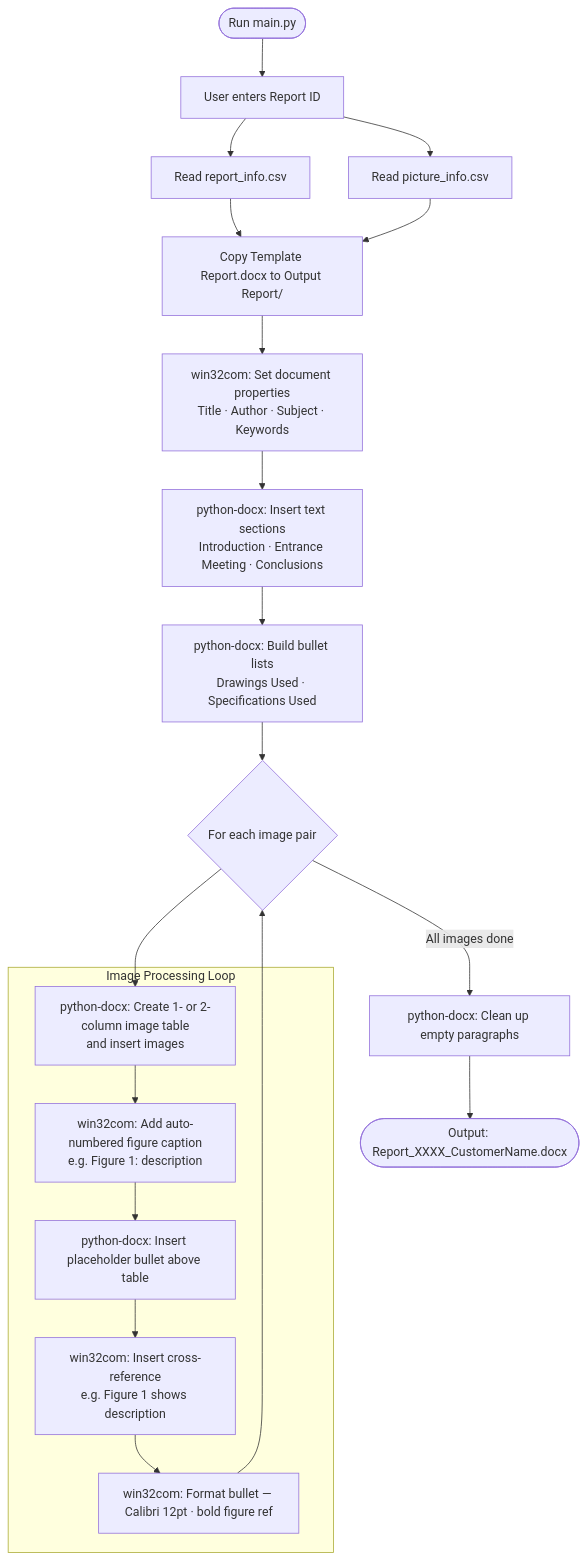
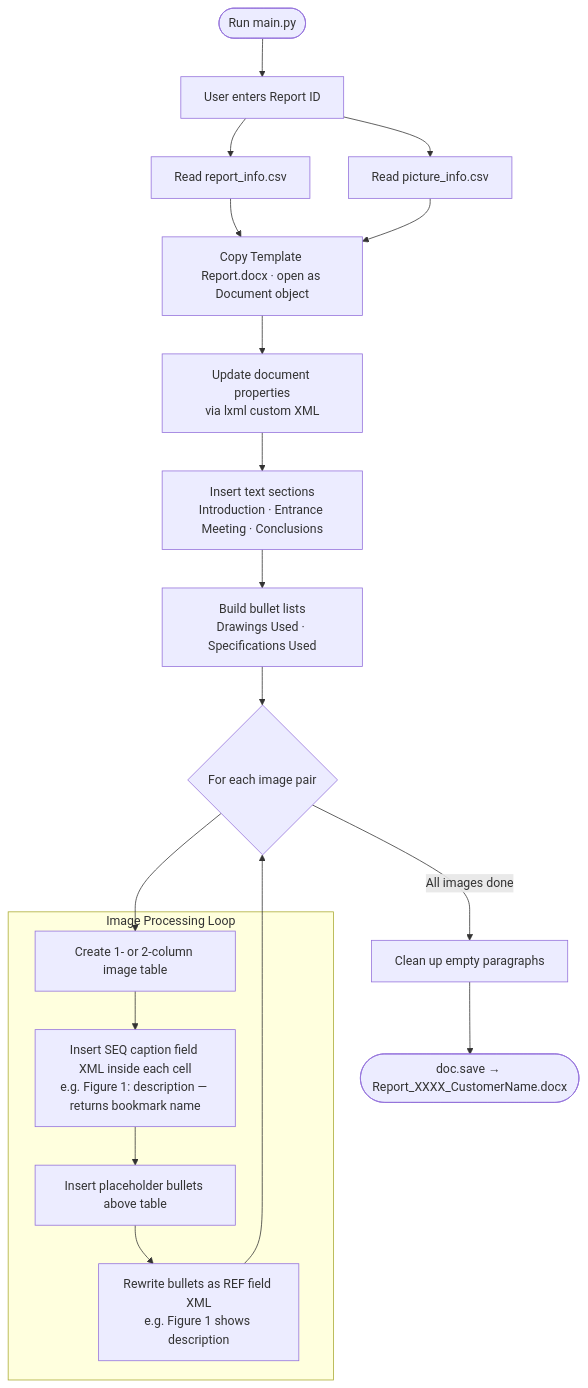
The second of 2 diagrams in README.md (phpaivamotta/report-automation), drawn with Mermaid before and after one commit. The commit also changed other lines of this file, not shown here.

Commit message:
Refactor README.md: Update requirements and clarify document manipulation process

````diff
--- a/README.md
+++ b/README.md
@@ -114,27 +110,26 @@
 ```mermaid
 flowchart TD
     A([Run main.py]) --> B[User enters Report ID]
     B --> C[Read report_info.csv]
     B --> D[Read picture_info.csv]
-    C & D --> E[Copy Template Report.docx to Output Report/]
+    C & D --> E[Copy Template Report.docx · open as Document object]
 
-    E --> F["win32com: Set document properties<br/>Title · Author · Subject · Keywords"]
-    F --> G["python-docx: Insert text sections<br/>Introduction · Entrance Meeting · Conclusions"]
-    G --> H["python-docx: Build bullet lists<br/>Drawings Used · Specifications Used"]
+    E --> F["Update document properties<br/>via lxml custom XML"]
+    F --> G["Insert text sections<br/>Introduction · Entrance Meeting · Conclusions"]
+    G --> H["Build bullet lists<br/>Drawings Used · Specifications Used"]
 
     H --> I{For each image pair}
 
     subgraph loop["  Image Processing Loop  "]
-        J["python-docx: Create 1- or 2-column image table<br/>and insert images"]
-        K["win32com: Add auto-numbered figure caption<br/>e.g. Figure 1: description"]
-        L["python-docx: Insert placeholder bullet above table"]
-        M["win32com: Insert cross-reference<br/>e.g. Figure 1 shows description"]
-        N["win32com: Format bullet — Calibri 12pt · bold figure ref"]
-        J --> K --> L --> M --> N
+        J["Create 1- or 2-column image table"]
+        K["Insert SEQ caption field XML inside each cell<br/>e.g. Figure 1: description — returns bookmark name"]
+        L["Insert placeholder bullets above table"]
+        M["Rewrite bullets as REF field XML<br/>e.g. Figure 1 shows description"]
+        J --> K --> L --> M
     end
 
     I --> J
-    N --> I
-    I -->|All images done| O[python-docx: Clean up empty paragraphs]
-    O --> P([Output: Report_XXXX_CustomerName.docx])
+    M --> I
+    I -->|All images done| O["Clean up empty paragraphs"]
+    O --> P([doc.save → Report_XXXX_CustomerName.docx])
 ```
````
